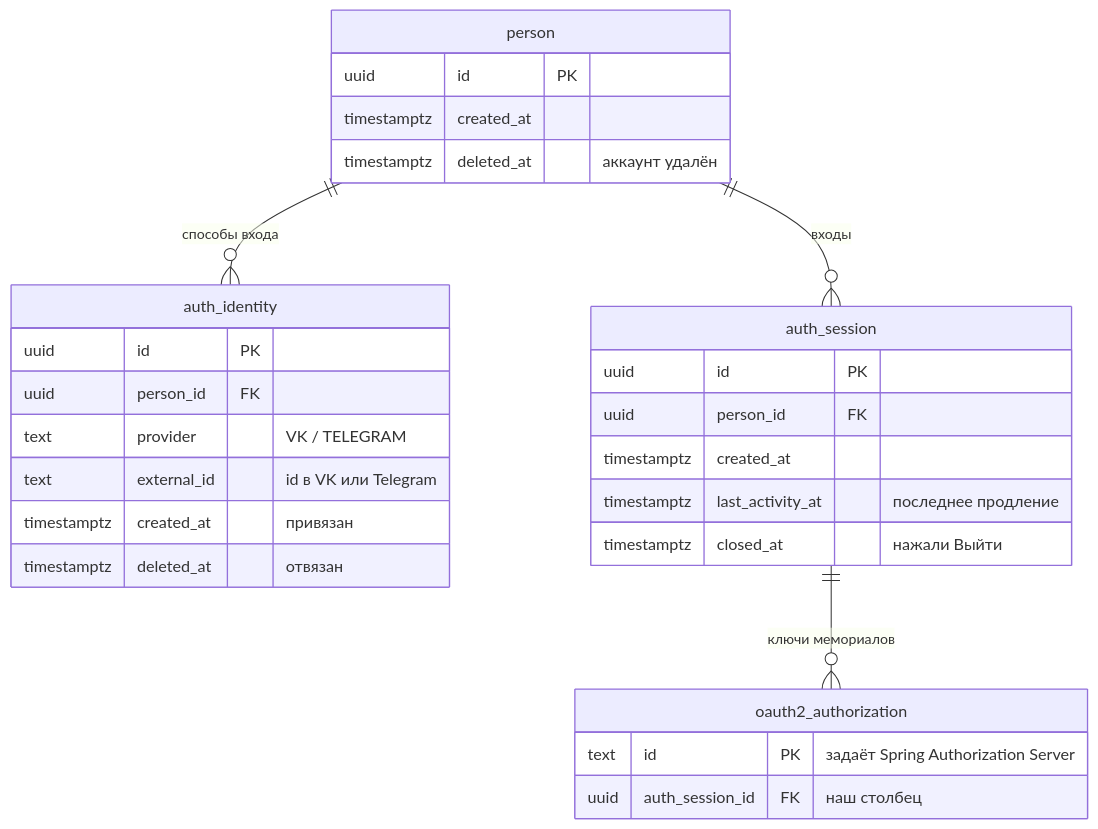
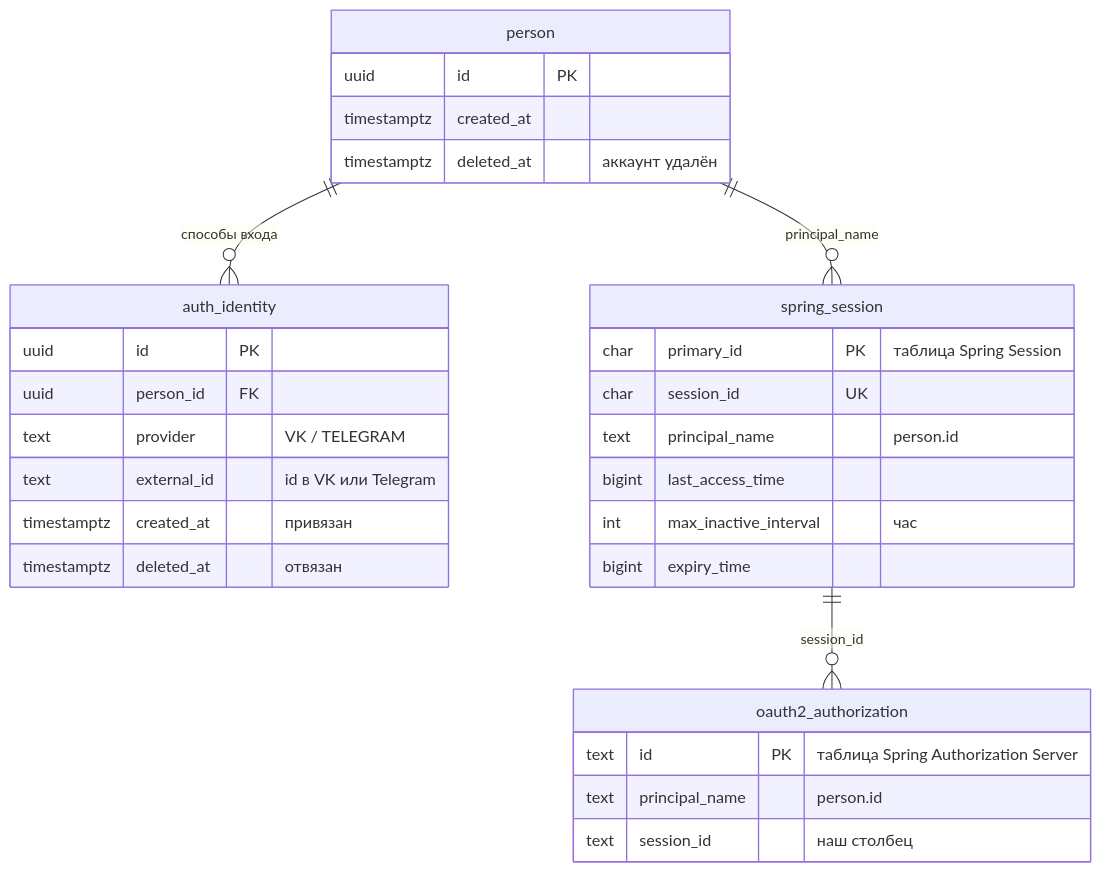
The first of 5 diagrams in domain_model/Access-schema.md (KiraKhvan/memory_docs), drawn with Mermaid before and after one commit. The commit also changed other lines of this file and 2 other files, not shown here.

Commit message:
Access: auth service sessions in spring_session, framework tables exempt from the uuid rule

````diff
--- a/domain_model/Access-schema.md
+++ b/domain_model/Access-schema.md
@@ -20,30 +23,32 @@
 ```mermaid
 erDiagram
     person ||--o{ auth_identity : "способы входа"
-    person ||--o{ auth_session : "входы"
-    auth_session ||--o{ oauth2_authorization : "ключи мемориалов"
+    person ||--o{ spring_session : "principal_name"
+    spring_session ||--o{ oauth2_authorization : "session_id"
     person {
         uuid id PK
         timestamptz created_at
         timestamptz deleted_at "аккаунт удалён"
     }
     auth_identity {
         uuid id PK
         uuid person_id FK
         text provider "VK / TELEGRAM"
         text external_id "id в VK или Telegram"
         timestamptz created_at "привязан"
         timestamptz deleted_at "отвязан"
     }
-    auth_session {
-        uuid id PK
-        uuid person_id FK
-        timestamptz created_at
-        timestamptz last_activity_at "последнее продление"
-        timestamptz closed_at "нажали Выйти"
+    spring_session {
+        char primary_id PK "таблица Spring Session"
+        char session_id UK
+        text principal_name "person.id"
+        bigint last_access_time
+        int max_inactive_interval "час"
+        bigint expiry_time
     }
     oauth2_authorization {
-        text id PK "задаёт Spring Authorization Server"
-        uuid auth_session_id FK "наш столбец"
+        text id PK "таблица Spring Authorization Server"
+        text principal_name "person.id"
+        text session_id "наш столбец"
     }
 ```
````
